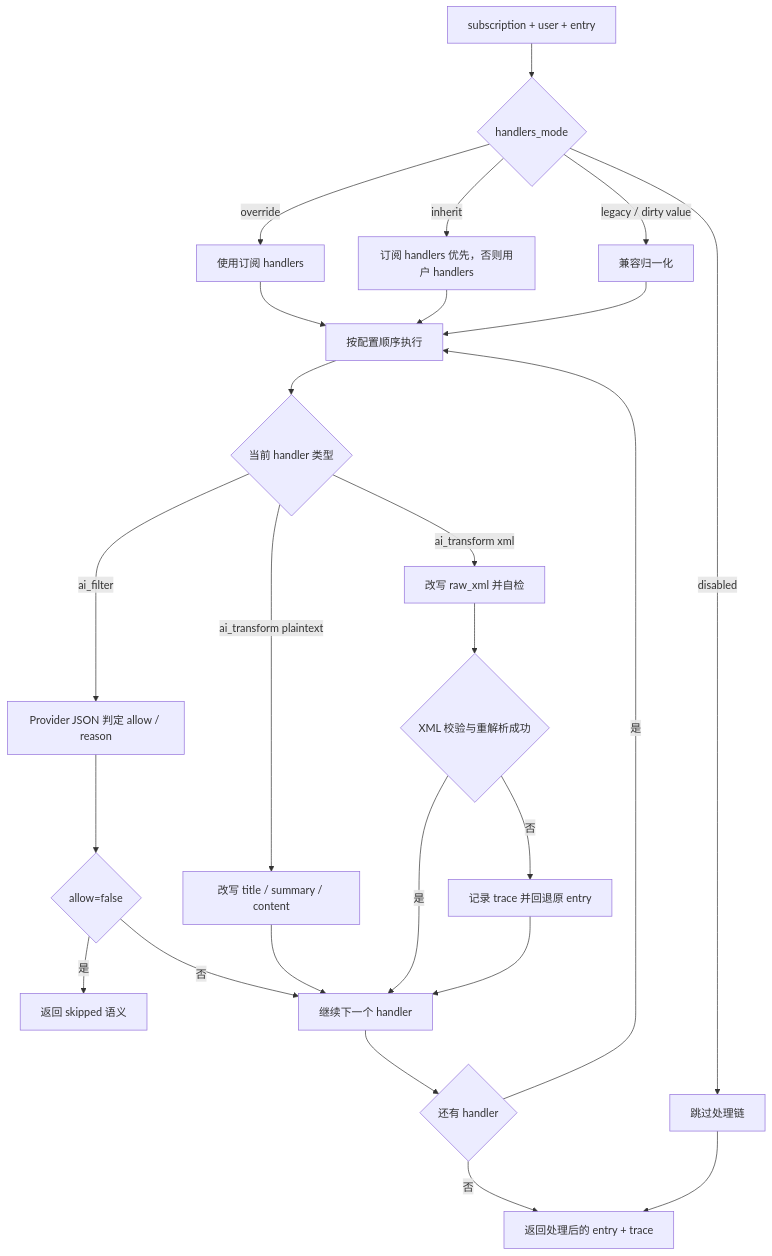
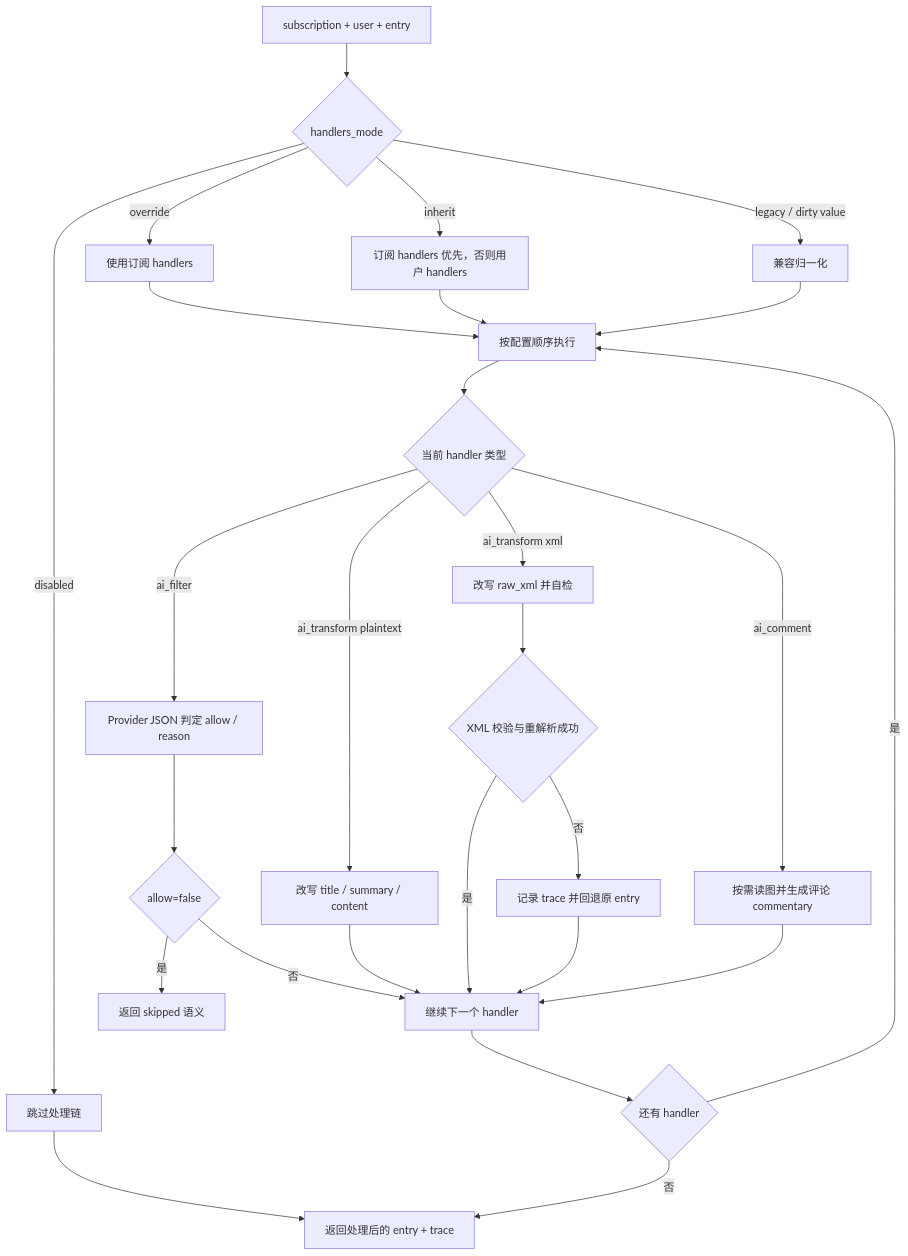
One commit to cloneselfish-wq/astrbot_plugin_rsshub changed the diagram in docs/project/handlers.md. Above: the diagram before and after it, drawn with Mermaid. The commit also changed other lines of this file and 35 other files, not shown here.

````diff
--- a/docs/project/handlers.md
+++ b/docs/project/handlers.md
@@ -29,27 +29,29 @@
 ```mermaid
 flowchart TD
   A["subscription + user + entry"] --> B{"handlers_mode"}
   B -->|"disabled"| C["跳过处理链"]
   B -->|"override"| D["使用订阅 handlers"]
   B -->|"inherit"| E["订阅 handlers 优先，否则用户 handlers"]
   B -->|"legacy / dirty value"| F["兼容归一化"]
   D --> G["按配置顺序执行"]
   E --> G
   F --> G
   G --> H{"当前 handler 类型"}
   H -->|"ai_filter"| I["Provider JSON 判定 allow / reason"]
   H -->|"ai_transform plaintext"| J["改写 title / summary / content"]
   H -->|"ai_transform xml"| K["改写 raw_xml 并自检"]
+  H -->|"ai_comment"| R1["按需读图并生成评论 commentary"]
+  R1 --> N
   I --> L{"allow=false"}
   L -->|"是"| M["返回 skipped 语义"]
   L -->|"否"| N["继续下一个 handler"]
   J --> N
   K --> O{"XML 校验与重解析成功"}
   O -->|"是"| N
   O -->|"否"| P["记录 trace 并回退原 entry"]
   P --> N
   N --> Q{"还有 handler"}
   Q -->|"是"| G
   Q -->|"否"| R["返回处理后的 entry + trace"]
   C --> R
 ```
````
